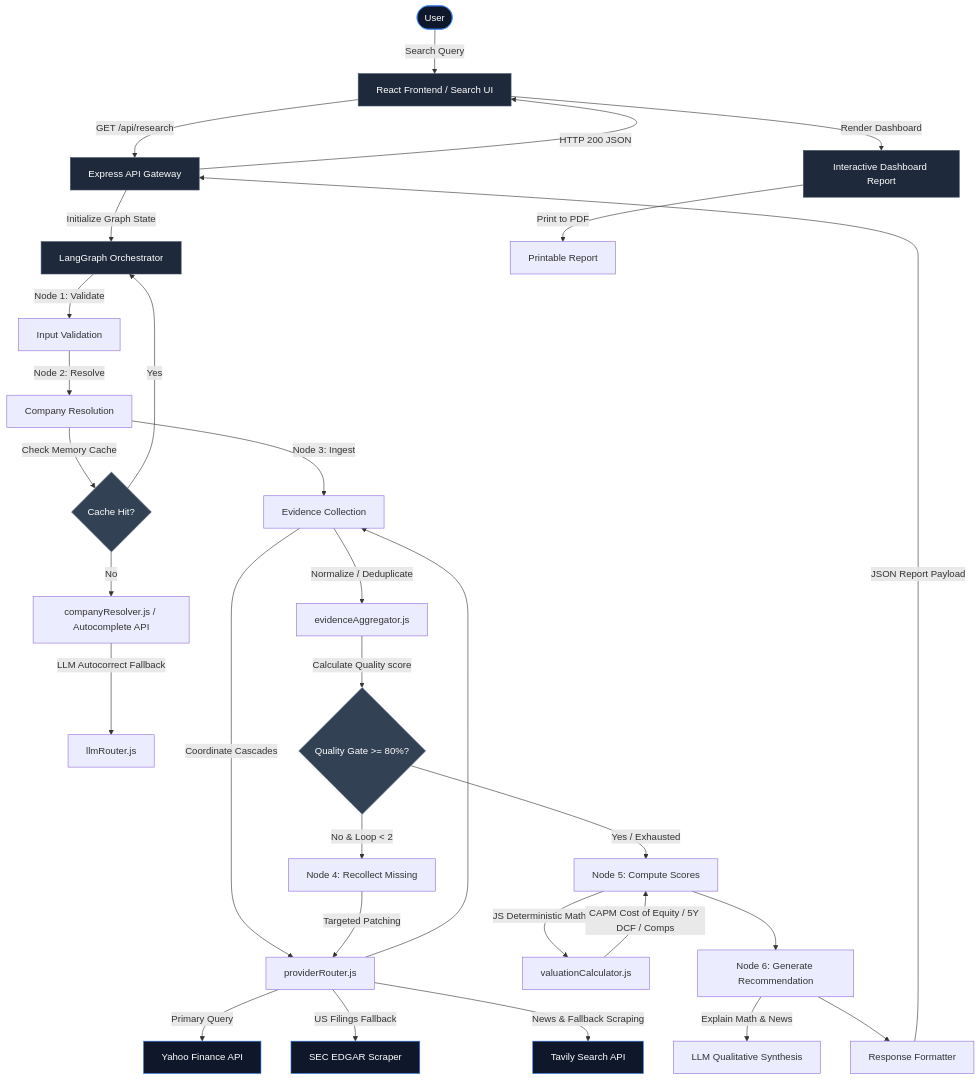
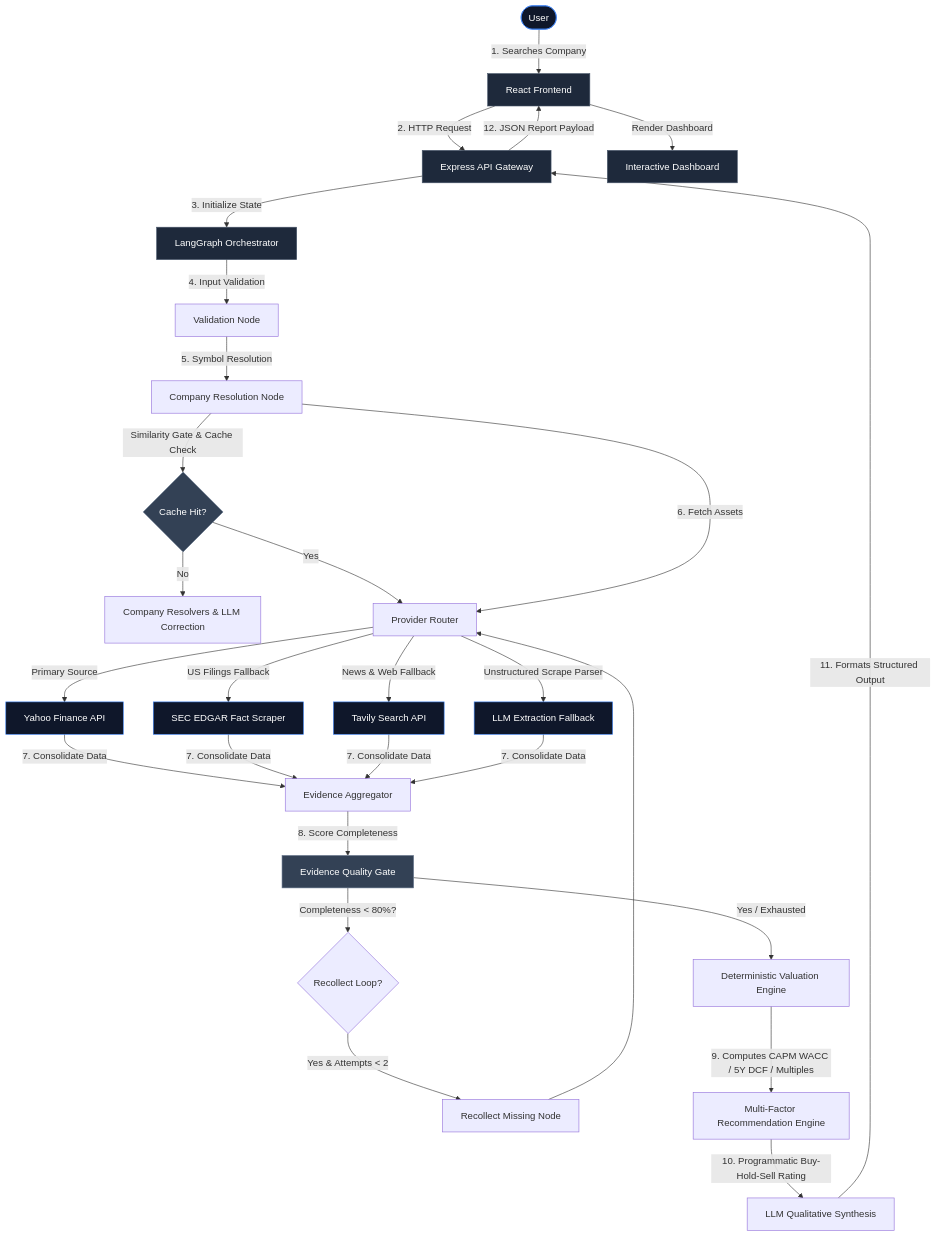
The diagram in README.md (ShreshthTarwey/MarketPilotAI), drawn with Mermaid before and after one commit. The commit also changed other lines of this file, not shown here.

Commit message:
docs: reorganize README sections and add How It Works pipeline overview
- Restructured README.md to follow an overview -> tech stack -> setup -> architecture flow.
- Added a detailed How It Works — End-to-End Architecture section featuring a high-level Mermaid workflow diagram.
- Included a 12-step Pipeline Overview detailing data ingestion, caching, fallback routing, quality gating, and scoring.
- Added a Separation of Concerns callout explicitly stating that all numerical reasoning is deterministic in JavaScript, and the LLM handles only qualitative analysis.

````diff
--- a/README.md
+++ b/README.md
@@ -112,52 +94,47 @@
 ```mermaid
 flowchart TD
-    User([User]) -->|Search Query| UI[React Frontend / Search UI]
-    UI -->|GET /api/research| API[Express API Gateway]
+    User([User]) -->|1. Searches Company| UI[React Frontend]
+    UI -->|2. HTTP Request| API[Express API Gateway]
+    API -->|3. Initialize State| Orchestrator[LangGraph Orchestrator]
     
-    API -->|Initialize Graph State| Orchestrator[LangGraph Orchestrator]
-    Orchestrator -->|Node 1: Validate| ValNode[Input Validation]
-    ValNode -->|Node 2: Resolve| ResNode[Company Resolution]
+    Orchestrator -->|4. Input Validation| ValNode[Validation Node]
+    ValNode -->|5. Symbol Resolution| ResNode[Company Resolution Node]
     
-    ResNode -->|Check Memory Cache| Cache{Cache Hit?}
-    Cache -->|No| Resolver[companyResolver.js / Autocomplete API]
-    Resolver -->|LLM Autocorrect Fallback| LLMRouter[llmRouter.js]
-    Cache -->|Yes| Orchestrator
+    ResNode -->|Similarity Gate & Cache Check| Cache{Cache Hit?}
+    Cache -->|No| Resolvers[Company Resolvers & LLM Correction]
+    Cache -->|Yes| RouterNode
     
-    ResNode -->|Node 3: Ingest| CollNode[Evidence Collection]
-    CollNode -->|Coordinate Cascades| Router[providerRouter.js]
+    ResNode -->|6. Fetch Assets| RouterNode[Provider Router]
+    RouterNode -->|Primary Source| YF[Yahoo Finance API]
+    RouterNode -->|US Filings Fallback| SEC[SEC EDGAR Fact Scraper]
+    RouterNode -->|News & Web Fallback| Tavily[Tavily Search API]
+    RouterNode -->|Unstructured Scrape Parser| LLMExtract[LLM Extraction Fallback]
     
-    Router -->|Primary Query| YF[Yahoo Finance API]
-    Router -->|US Filings Fallback| SEC[SEC EDGAR Scraper]
-    Router -->|News & Fallback Scraping| Tavily[Tavily Search API]
+    YF & SEC & Tavily & LLMExtract -->|7. Consolidate Data| Aggregator[Evidence Aggregator]
+    Aggregator -->|8. Score Completeness| QualityGate[Evidence Quality Gate]
     
-    CollNode -->|Normalize / Deduplicate| Aggregator[evidenceAggregator.js]
-    Aggregator -->|Calculate Quality score| Quality{Quality Gate >= 80%?}
+    QualityGate -->|Completeness < 80%?| Recollect{Recollect Loop?}
+    Recollect -->|Yes & Attempts < 2| RecNode[Recollect Missing Node]
+    RecNode --> RouterNode
     
-    Quality -->|No & Loop < 2| Recollect[Node 4: Recollect Missing]
-    Recollect -->|Targeted Patching| Router
-    Router --> CollNode
+    QualityGate -->|Yes / Exhausted| ValEngine[Deterministic Valuation Engine]
     
-    Quality -->|Yes / Exhausted| ScoreNode[Node 5: Compute Scores]
-    ScoreNode -->|JS Deterministic Math| Calculator[valuationCalculator.js]
-    Calculator -->|CAPM Cost of Equity / 5Y DCF / Comps| ScoreNode
+    ValEngine -->|9. Computes CAPM WACC / 5Y DCF / Multiples| RecEngine[Multi-Factor Recommendation Engine]
+    RecEngine -->|10. Programmatic Buy-Hold-Sell Rating| LLMSynth[LLM Qualitative Synthesis]
     
-    ScoreNode --> RecNode[Node 6: Generate Recommendation]
-    RecNode -->|Explain Math & News| LLMSynth[LLM Qualitative Synthesis]
-    
-    RecNode --> Formatter[Response Formatter]
-    Formatter -->|JSON Report Payload| API
-    API -->|HTTP 200 JSON| UI
-    UI -->|Render Dashboard| Dashboard[Interactive Dashboard Report]
-    Dashboard -->|Print to PDF| PDF[Printable Report]
+    LLMSynth -->|11. Formats Structured Output| API
+    API -->|12. JSON Report Payload| UI
+    UI -->|Render Dashboard| Dashboard[Interactive Dashboard]
     
     style User fill:#0f172a,stroke:#3b82f6,color:#fff
     style UI fill:#1e293b,stroke:#475569,color:#fff
     style API fill:#1e293b,stroke:#475569,color:#fff
     style Orchestrator fill:#1e293b,stroke:#475569,color:#fff
     style Cache fill:#334155,stroke:#64748b,color:#fff
-    style Quality fill:#334155,stroke:#64748b,color:#fff
+    style QualityGate fill:#334155,stroke:#64748b,color:#fff
     style YF fill:#0f172a,stroke:#3b82f6,color:#fff
     style SEC fill:#0f172a,stroke:#3b82f6,color:#fff
     style Tavily fill:#0f172a,stroke:#3b82f6,color:#fff
+    style LLMExtract fill:#0f172a,stroke:#3b82f6,color:#fff
     style Dashboard fill:#1e293b,stroke:#475569,color:#fff
 ```
````
